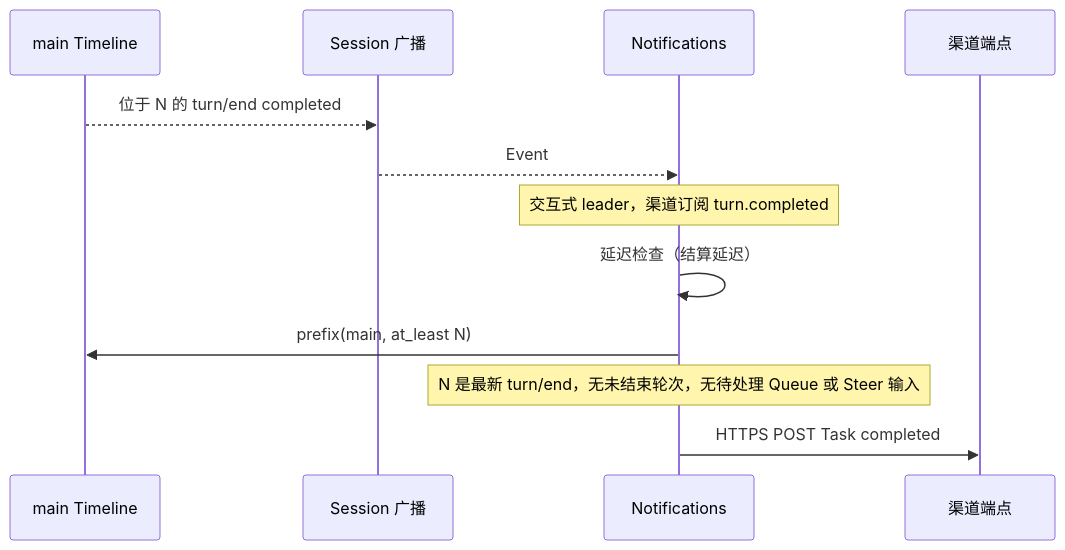
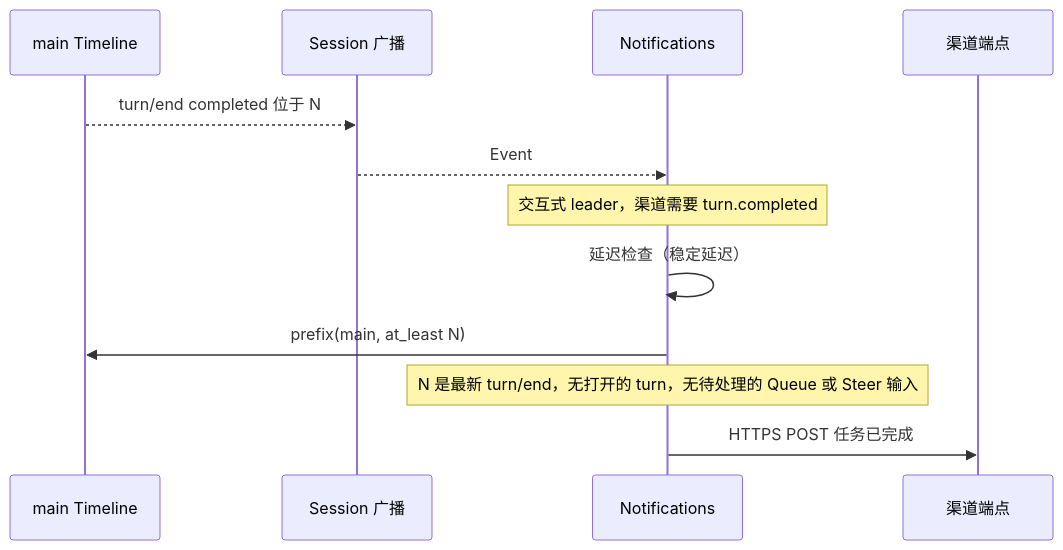
One commit to CoutinhoTTS/dim-agent changed the third of 6 diagrams in docs/zh/design/plugins/Notifications.md. Above: the diagram before and after it, drawn with Mermaid. The commit also changed other lines of this file and 18 other files, not shown here.

````diff
--- a/docs/zh/design/plugins/Notifications.md
+++ b/docs/zh/design/plugins/Notifications.md
@@ -71,14 +71,14 @@
 ```mermaid
 sequenceDiagram
   participant TL as main Timeline
   participant SB as Session 广播
   participant NP as Notifications
   participant CH as 渠道端点
-  TL-->>SB: 位于 N 的 turn/end completed
+  TL-->>SB: turn/end completed 位于 N
   SB-->>NP: Event
-  Note over NP: 交互式 leader，渠道订阅 turn.completed
-  NP->>NP: 延迟检查（结算延迟）
+  Note over NP: 交互式 leader，渠道需要 turn.completed
+  NP->>NP: 延迟检查（稳定延迟）
   NP->>TL: prefix(main, at_least N)
-  Note over NP: N 是最新 turn/end，无未结束轮次，无待处理 Queue 或 Steer 输入
-  NP->>CH: HTTPS POST Task completed
+  Note over NP: N 是最新 turn/end，无打开的 turn，无待处理的 Queue 或 Steer 输入
+  NP->>CH: HTTPS POST 任务已完成
 ```
````
